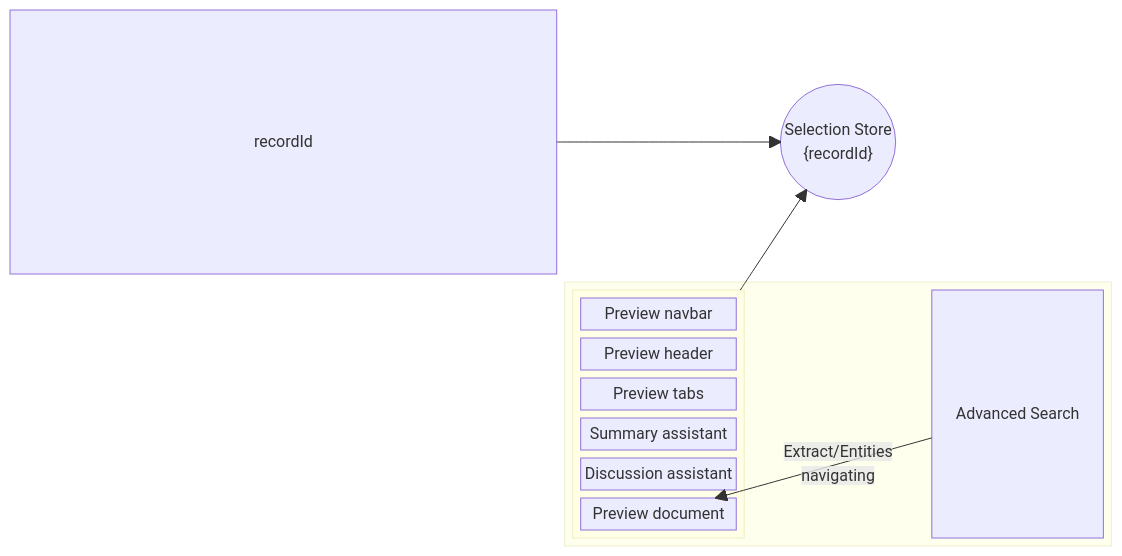
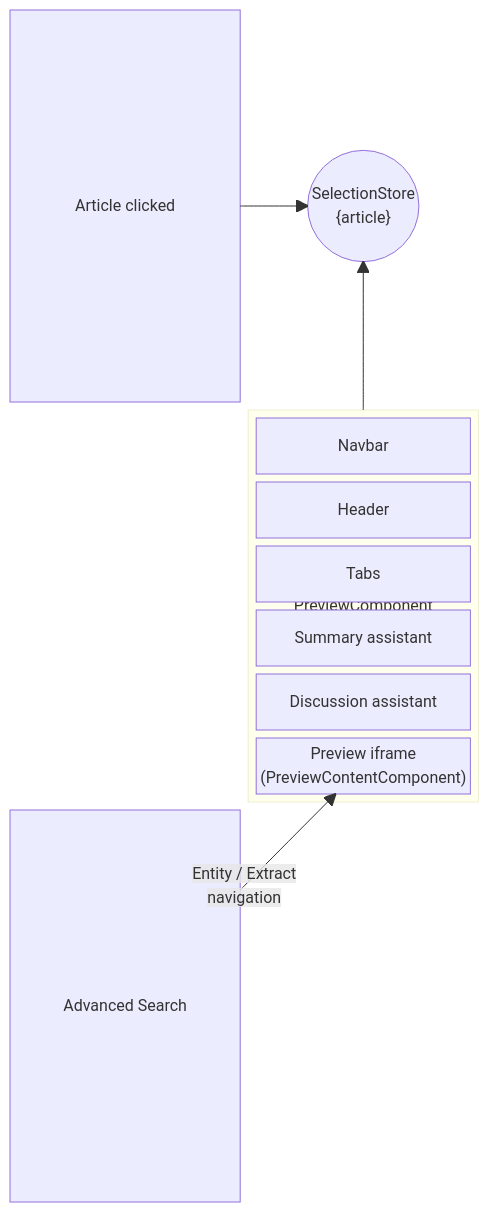
The first of 2 diagrams in docusaurus/docs/mint/features/preview.mdx (sinequa/sba-mint), drawn with Mermaid before and after one commit. The commit also changed other lines of this file and 15 other files, not shown here.

First line of the commit message:
Add detailed documentation for Preview Internals and Search Data Flow

````diff
--- a/docusaurus/docs/mint/features/preview.mdx
+++ b/docusaurus/docs/mint/features/preview.mdx
@@ -23,25 +19,21 @@
 ```mermaid
 block-beta
-columns 2
-  recordId
-  id1(("Selection Store\n{recordId}"))
+  columns 2
+  ArticleClick["Article clicked"]
+  id1(("SelectionStore\n{article}"))
   space
-  block:Drawer
-  columns 3
-    block:Preview
+  block:Preview["PreviewComponent"]
     columns 1
-      A["Preview navbar"]
-      B["Preview header"]
-      C["Preview tabs"]
-      D["Summary assistant"]
-      E["Discussion assistant"]
-      F["Preview document"]
-    end
-    space
-    G["Advanced Search"]
+    A["Navbar"]
+    B["Header"]
+    C["Tabs"]
+    D["Summary assistant"]
+    E["Discussion assistant"]
+    F["Preview iframe\n(PreviewContentComponent)"]
   end
+  AdvSearch["Advanced Search"]
 
-  recordId --> id1
+  ArticleClick --> id1
   Preview --> id1
-  G-- "Extract/Entities\n navigating" -->F
+  AdvSearch-- "Entity / Extract\nnavigation" -->F
 ```
````
